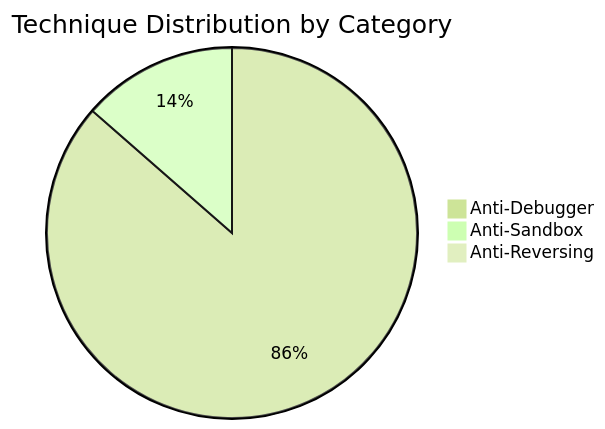
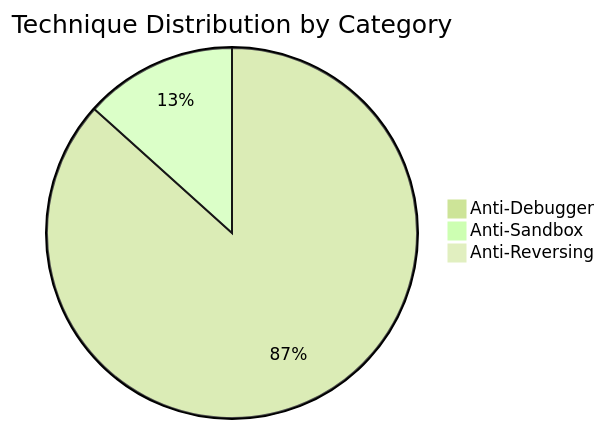
Before and after one commit to mabj/anti: the second of 8 diagrams in docs/diagrams/taxonomy.md, drawn with Mermaid (forest theme). The commit also changed other lines of this file and 10 other files, not shown here.

Commit message:
Adding new anti-debugger technique AD052 and updating website design.

````diff
--- a/docs/diagrams/taxonomy.md
+++ b/docs/diagrams/taxonomy.md
@@ -34,6 +34,6 @@
 ```mermaid
 pie title Technique Distribution by Category
-    "Anti-Debugger" : 51
+    "Anti-Debugger" : 52
     "Anti-Sandbox" : 8
     "Anti-Reversing" : 0
 ```
````
